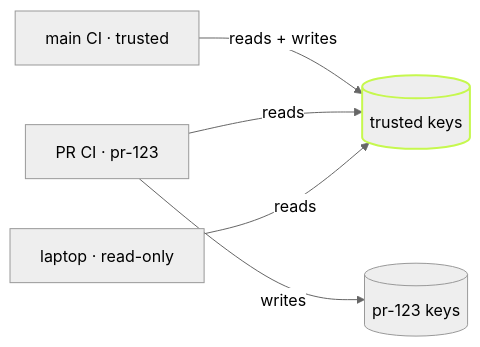
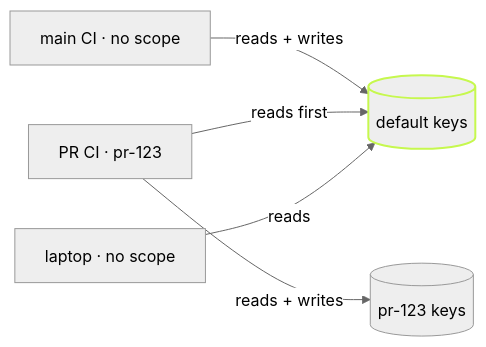
One commit to vznjs/vx changed the diagram in packages/vx-docs/src/content/docs/blog/the-cache-on-your-terms.md. Above: the diagram before and after it, drawn with Mermaid (neutral theme). The commit also changed other lines of this file and 49 other files, not shown here.

````diff
--- a/packages/vx-docs/src/content/docs/blog/the-cache-on-your-terms.md
+++ b/packages/vx-docs/src/content/docs/blog/the-cache-on-your-terms.md
@@ -87,8 +89,8 @@
 ```mermaid
 flowchart LR
-  M[main CI · trusted] -->|reads + writes| T[(trusted keys)]
-  P[PR CI · pr-123] -->|reads| T
-  P -->|writes| S[(pr-123 keys)]
-  L[laptop · read-only] -->|reads| T
+  M[main CI · no scope] -->|reads + writes| T[(default keys)]
+  P[PR CI · pr-123] -->|reads first| T
+  P -->|reads + writes| S[(pr-123 keys)]
+  L[laptop · no scope] -->|reads| T
   style T stroke:#c6f84e,stroke-width:2px
 ```
````
